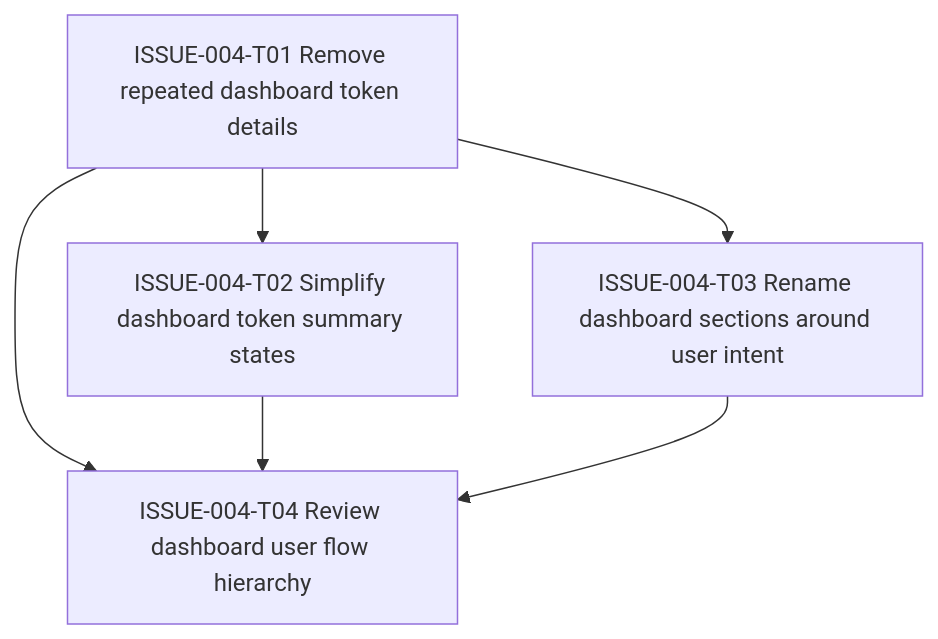
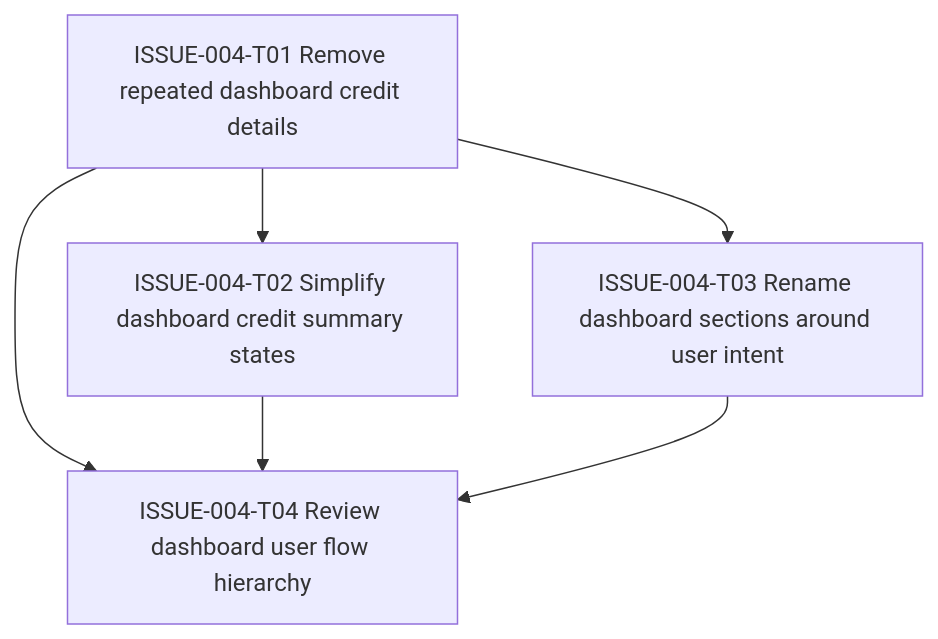
One commit to gulla0/Cohort15-MVP changed the diagram in agent/feedback/issues/ISSUE-004-dashboard-information-architecture/task-graph.md. Above: the diagram before and after it, drawn with Mermaid. The commit also changed other lines of this file and 75 other files, not shown here.

Commit message:
Resolve ISSUE-009 credit terminology migration

````diff
--- a/agent/feedback/issues/ISSUE-004-dashboard-information-architecture/task-graph.md
+++ b/agent/feedback/issues/ISSUE-004-dashboard-information-architecture/task-graph.md
@@ -3,13 +3,13 @@
 ```mermaid
 graph TD
-  T01["ISSUE-004-T01 Remove repeated dashboard token details"]
-  T02["ISSUE-004-T02 Simplify dashboard token summary states"]
+  T01["ISSUE-004-T01 Remove repeated dashboard credit details"]
+  T02["ISSUE-004-T02 Simplify dashboard credit summary states"]
   T03["ISSUE-004-T03 Rename dashboard sections around user intent"]
   T04["ISSUE-004-T04 Review dashboard user flow hierarchy"]
 
   T01 --> T02
   T01 --> T03
   T01 --> T04
   T02 --> T04
   T03 --> T04
 ```
````
